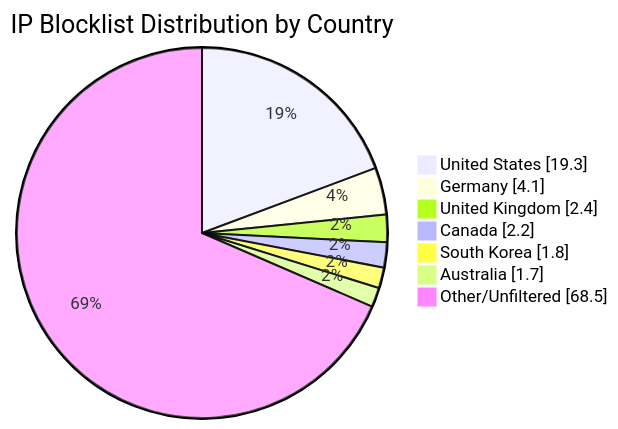
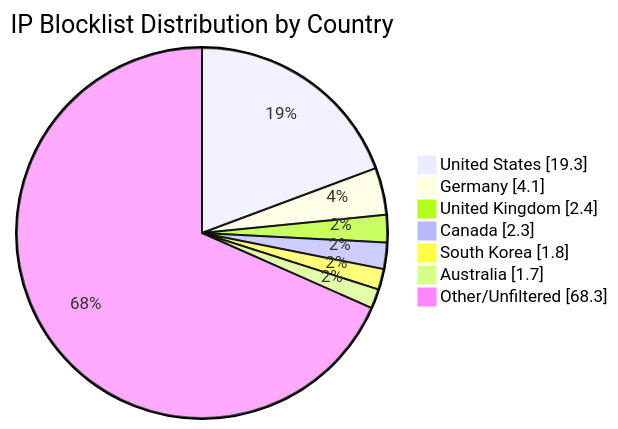
Before and after one commit to MarcusHoltz/ipblocklist-geofiltered-aggregator: the diagram in README.md, drawn with Mermaid. The commit also changed other lines of this file and 9 other files, not shown here.

````diff
--- a/README.md
+++ b/README.md
@@ -34,10 +34,10 @@
 ```mermaid
 pie showData title IP Blocklist Distribution by Country
 "United States" : 19.3
 "Germany" : 4.1
 "United Kingdom" : 2.4
-"Canada" : 2.2
+"Canada" : 2.3
 "South Korea" : 1.8
 "Australia" : 1.7
-"Other/Unfiltered" : 68.5
+"Other/Unfiltered" : 68.3
 ```
````
